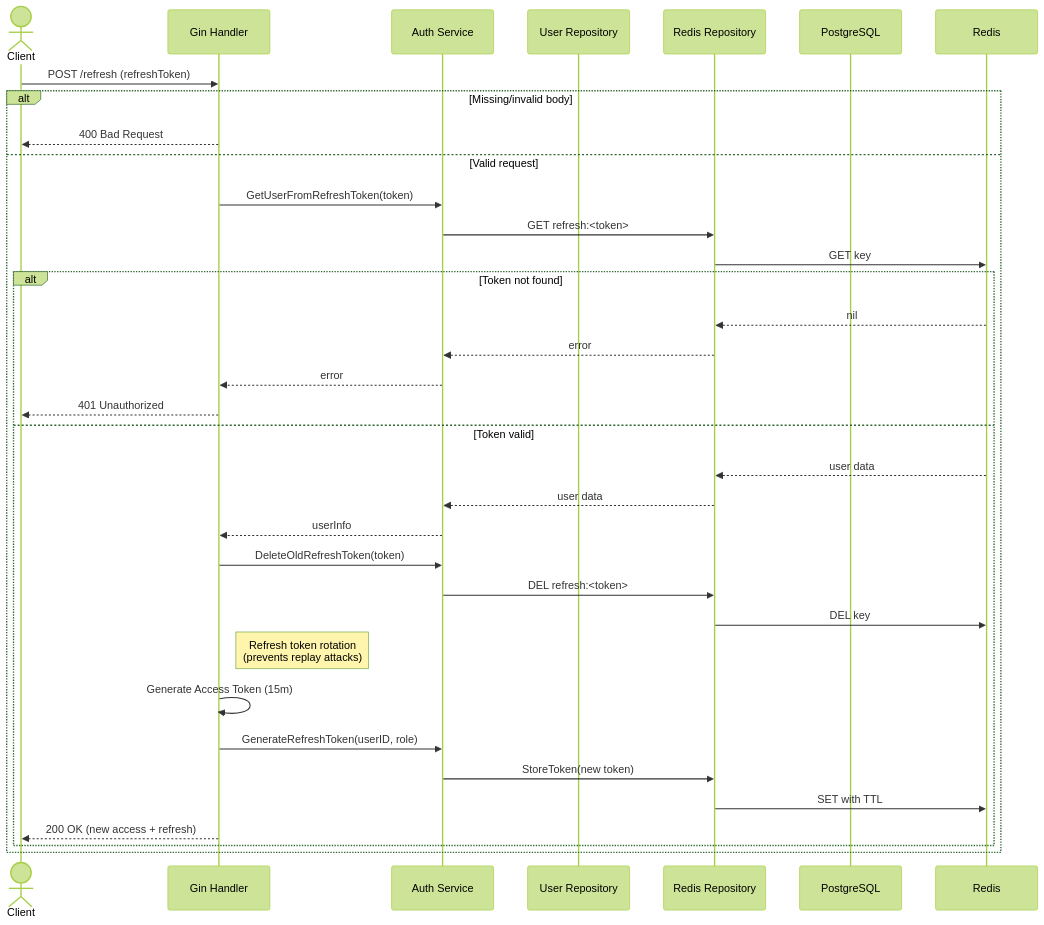
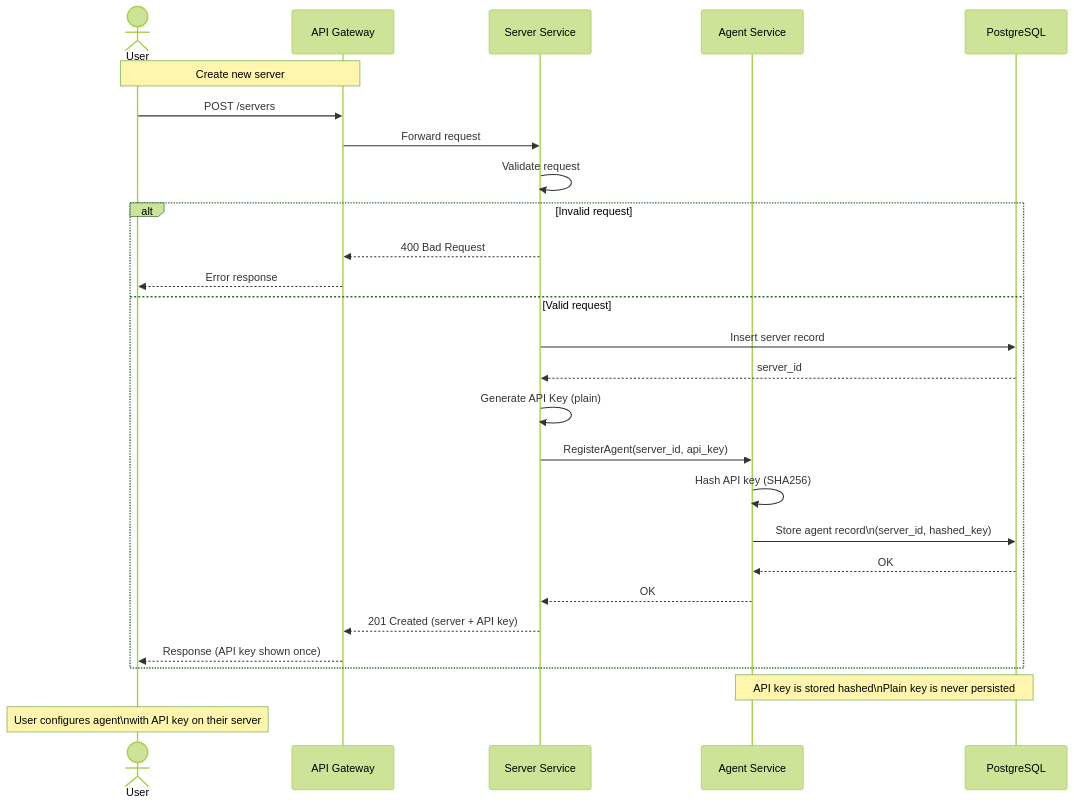
The fourth of 11 diagrams in DESIGN.md (HenryNg101/Server-Management-System), drawn with Mermaid (forest theme) before and after one commit. The commit also changed other lines of this file, not shown here.

````diff
--- a/DESIGN.md
+++ b/DESIGN.md
@@ -176,51 +316,48 @@
-   ```mermaid
-   sequenceDiagram
+      ```mermaid
+      sequenceDiagram
 
-   actor Client
-   participant Handler as Gin Handler
-   participant Service as Auth Service
-   participant UserRepo as User Repository
-   participant RedisRepo as Redis Repository
-   participant DB as PostgreSQL
-   participant Redis as Redis
+      actor User
+      participant Gateway as API Gateway
+      participant ServerSvc as Server Service
+      participant AgentSvc as Agent Service
+      participant DB as PostgreSQL
 
-   %% =========================
-   %% REFRESH WORKFLOW
-   %% =========================
+      Note over User,Gateway: Create new server
 
-   Client->>Handler: POST /refresh (refreshToken)
+      User->>Gateway: POST /servers
+      Gateway->>ServerSvc: Forward request
 
-   alt Missing/invalid body
-      Handler-->>Client: 400 Bad Request
-   else Valid request
-      Handler->>Service: GetUserFromRefreshToken(token)
+      ServerSvc->>ServerSvc: Validate request
 
-      Service->>RedisRepo: GET refresh:<token>
-      RedisRepo->>Redis: GET key
+      alt Invalid request
+         ServerSvc-->>Gateway: 400 Bad Request
+         Gateway-->>User: Error response
+      else Valid request
 
-      alt Token not found
-         Redis-->>RedisRepo: nil
-         RedisRepo-->>Service: error
-         Service-->>Handler: error
-         Handler-->>Client: 401 Unauthorized
-      else Token valid
-         Redis-->>RedisRepo: user data
-         RedisRepo-->>Service: user data
-         Service-->>Handler: userInfo
+         %% Create server
+         ServerSvc->>DB: Insert server record
+         DB-->>ServerSvc: server_id
 
-         Handler->>Service: DeleteOldRefreshToken(token)
-         Service->>RedisRepo: DEL refresh:<token>
-         RedisRepo->>Redis: DEL key
+         %% Generate API key
+         ServerSvc->>ServerSvc: Generate API Key (plain)
 
-         Note right of Handler: Refresh token rotation<br>(prevents replay attacks)
+         %% Delegate to Agent Service
+         ServerSvc->>AgentSvc: RegisterAgent(server_id, api_key)
 
-         Handler->>Handler: Generate Access Token (15m)
+         AgentSvc->>AgentSvc: Hash API key (SHA256)
 
-         Handler->>Service: GenerateRefreshToken(userID, role)
-         Service->>RedisRepo: StoreToken(new token)
-         RedisRepo->>Redis: SET with TTL
+         AgentSvc->>DB: Store agent record\n(server_id, hashed_key)
 
-         Handler-->>Client: 200 OK (new access + refresh)
+         DB-->>AgentSvc: OK
+         AgentSvc-->>ServerSvc: OK
+
+         %% Response
+         ServerSvc-->>Gateway: 201 Created (server + API key)
+         Gateway-->>User: Response (API key shown once)
+
       end
-   end
-   ```
+
+      Note over AgentSvc,DB: API key is stored hashed\nPlain key is never persisted
+
+      Note over User: User configures agent\nwith API key on their server
+      ```
````
